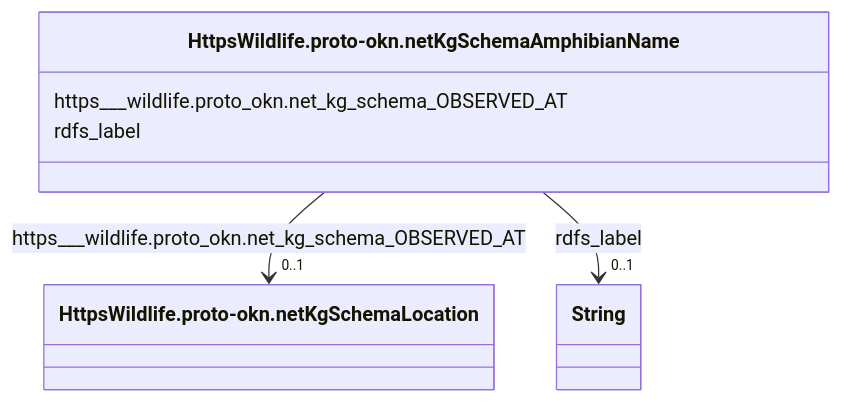
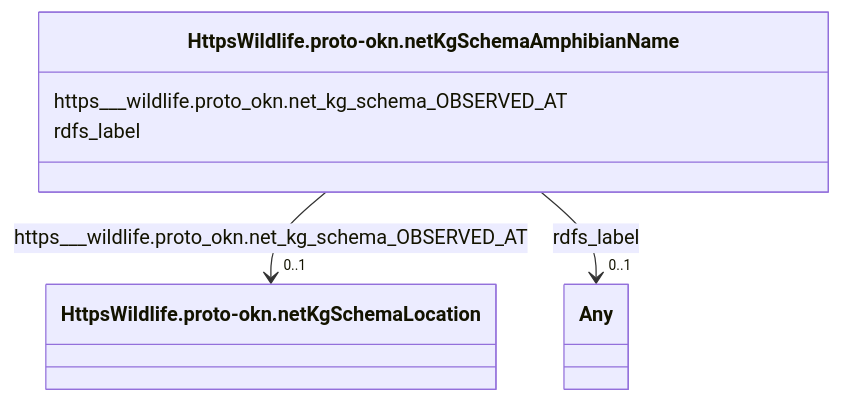
One commit to frink-okn/graph-descriptions changed the diagram in wildlife-kg/classes/HttpsWildlife.proto-okn.netKgSchemaAmphibianName.md. Above: the diagram before and after it, drawn with Mermaid. The commit also changed other lines of this file and 63 other files, not shown here.

````diff
--- a/wildlife-kg/classes/HttpsWildlife.proto-okn.netKgSchemaAmphibianName.md
+++ b/wildlife-kg/classes/HttpsWildlife.proto-okn.netKgSchemaAmphibianName.md
@@ -23,24 +18,24 @@
 ```mermaid
  classDiagram
     class HttpsWildlife.proto-okn.netKgSchemaAmphibianName
     click HttpsWildlife.proto-okn.netKgSchemaAmphibianName href "../HttpsWildlife.proto-okn.netKgSchemaAmphibianName"
       HttpsWildlife.proto-okn.netKgSchemaAmphibianName : https___wildlife.proto_okn.net_kg_schema_OBSERVED_AT
         
           
     
     
     HttpsWildlife.proto-okn.netKgSchemaAmphibianName --> "0..1" HttpsWildlife.proto-okn.netKgSchemaLocation : https___wildlife.proto_okn.net_kg_schema_OBSERVED_AT
     click HttpsWildlife.proto-okn.netKgSchemaLocation href "../HttpsWildlife.proto-okn.netKgSchemaLocation"
 
         
       HttpsWildlife.proto-okn.netKgSchemaAmphibianName : rdfs_label
         
           
     
     
-    HttpsWildlife.proto-okn.netKgSchemaAmphibianName --> "0..1" String : rdfs_label
-    click String href "../String"
+    HttpsWildlife.proto-okn.netKgSchemaAmphibianName --> "0..1" Any : rdfs_label
+    click Any href "../Any"
 
         
       
 ```
````
